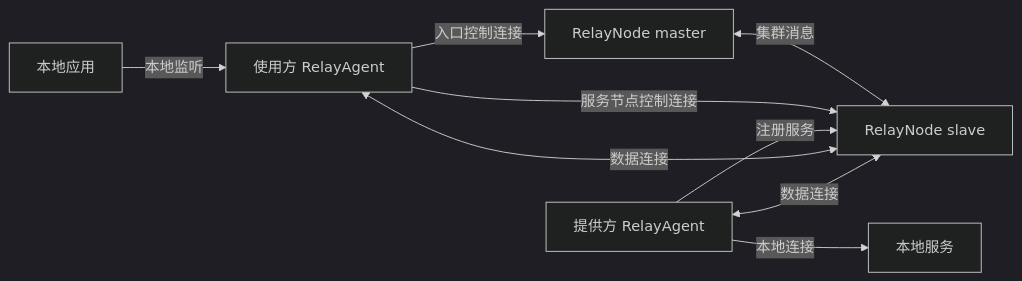
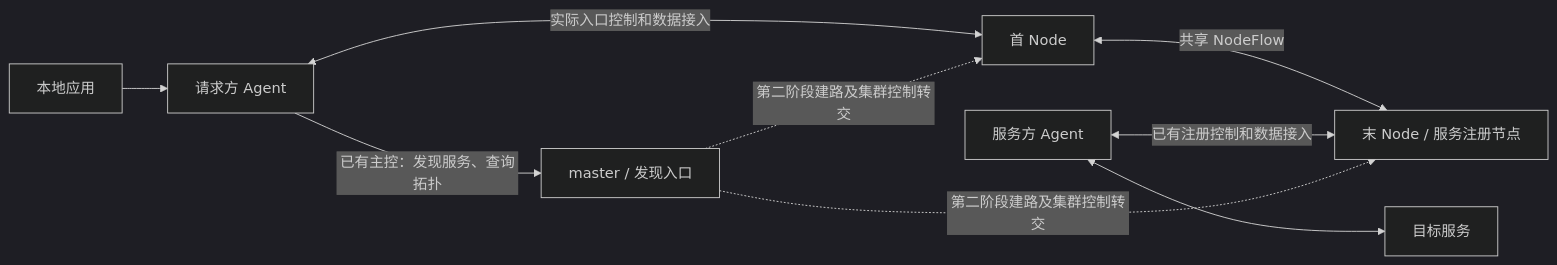
One commit to Xtinc/relayweave changed the second of 12 diagrams in docs/RelayWeave设计.md. Above: the diagram before and after it, drawn with Mermaid (dark theme). The commit also changed other lines of this file and 54 other files, not shown here.

````diff
--- a/docs/RelayWeave设计.md
+++ b/docs/RelayWeave设计.md
@@ -151,11 +112,11 @@
 ```mermaid
 flowchart LR
-    LocalA[本地应用] -->|本地监听| Consumer[使用方 RelayAgent]
-    Consumer -->|入口控制连接| Master[RelayNode master]
-    Master <-->|集群消息| Slave[RelayNode slave]
-    Consumer -->|服务节点控制连接| Slave
-    Producer[提供方 RelayAgent] -->|注册服务| Slave
-    Producer -->|本地连接| LocalB[本地服务]
-    Consumer <-->|数据连接| Slave
-    Producer <-->|数据连接| Slave
+    APP[本地应用] --> A[请求方 Agent]
+    A -->|已有主控：发现服务、查询拓扑| M[master / 发现入口]
+    A <-->|实际入口控制和数据接入| H[首 Node]
+    H <-->|共享 NodeFlow| T[末 Node / 服务注册节点]
+    P[服务方 Agent] <-->|已有注册控制和数据接入| T
+    P <--> S[目标服务]
+    M -.->|第二阶段建路及集群控制转交| H
+    M -.->|第二阶段建路及集群控制转交| T
 ```
````
